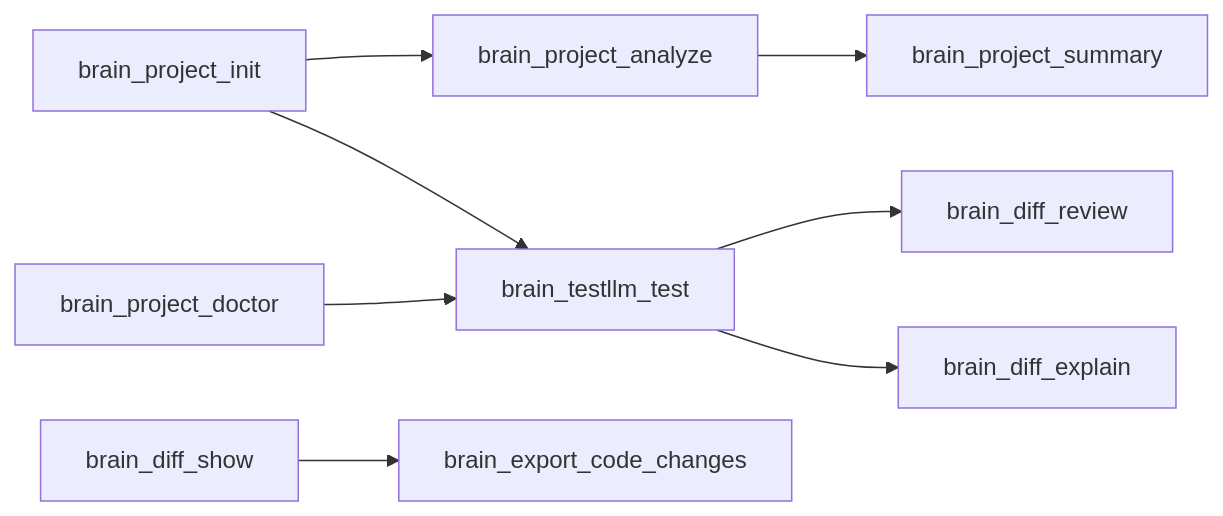
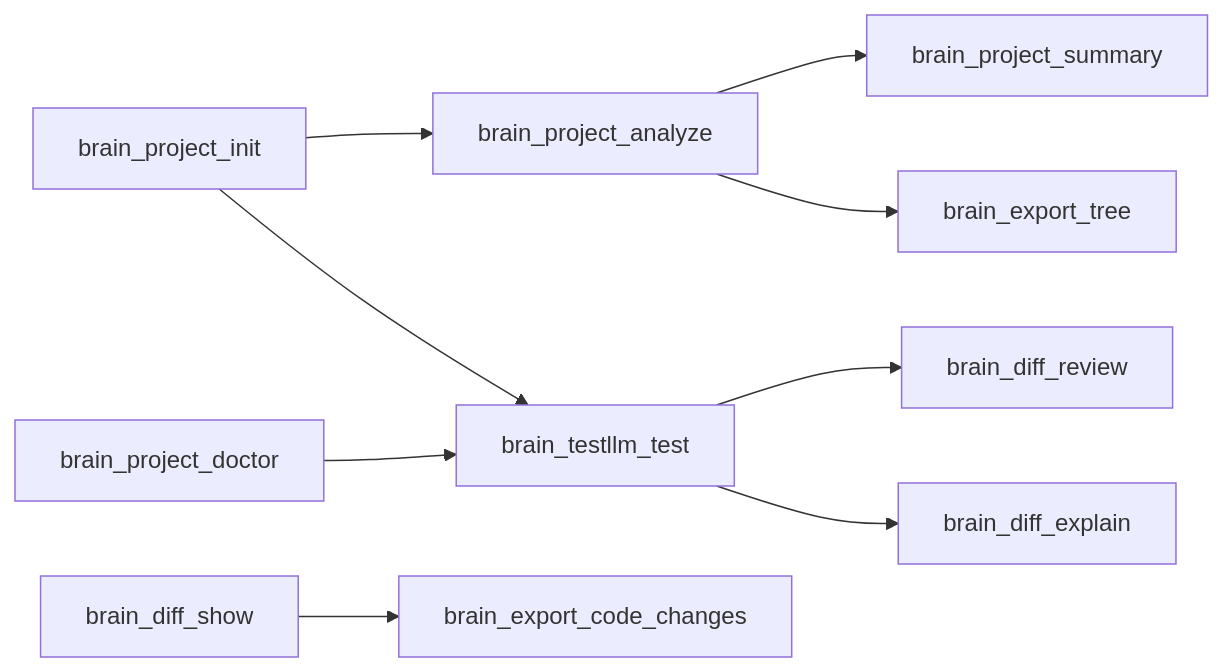
The diagram in docs-generated/architecture/LIFECYCLE.md (Srujan-Amaragatti05/project-brain), drawn with Mermaid before and after one commit. The commit also changed other lines of this file and 95 other files, not shown here.

````diff
--- a/docs-generated/architecture/LIFECYCLE.md
+++ b/docs-generated/architecture/LIFECYCLE.md
@@ -5,10 +5,11 @@
 ```mermaid
 graph LR
     brain_project_init --> brain_project_analyze
     brain_project_analyze --> brain_project_summary
     brain_testllm_test --> brain_diff_review
     brain_testllm_test --> brain_diff_explain
     brain_diff_show --> brain_export_code_changes
+    brain_project_analyze --> brain_export_tree
     brain_project_init --> brain_testllm_test
     brain_project_doctor --> brain_testllm_test
 ```
````
